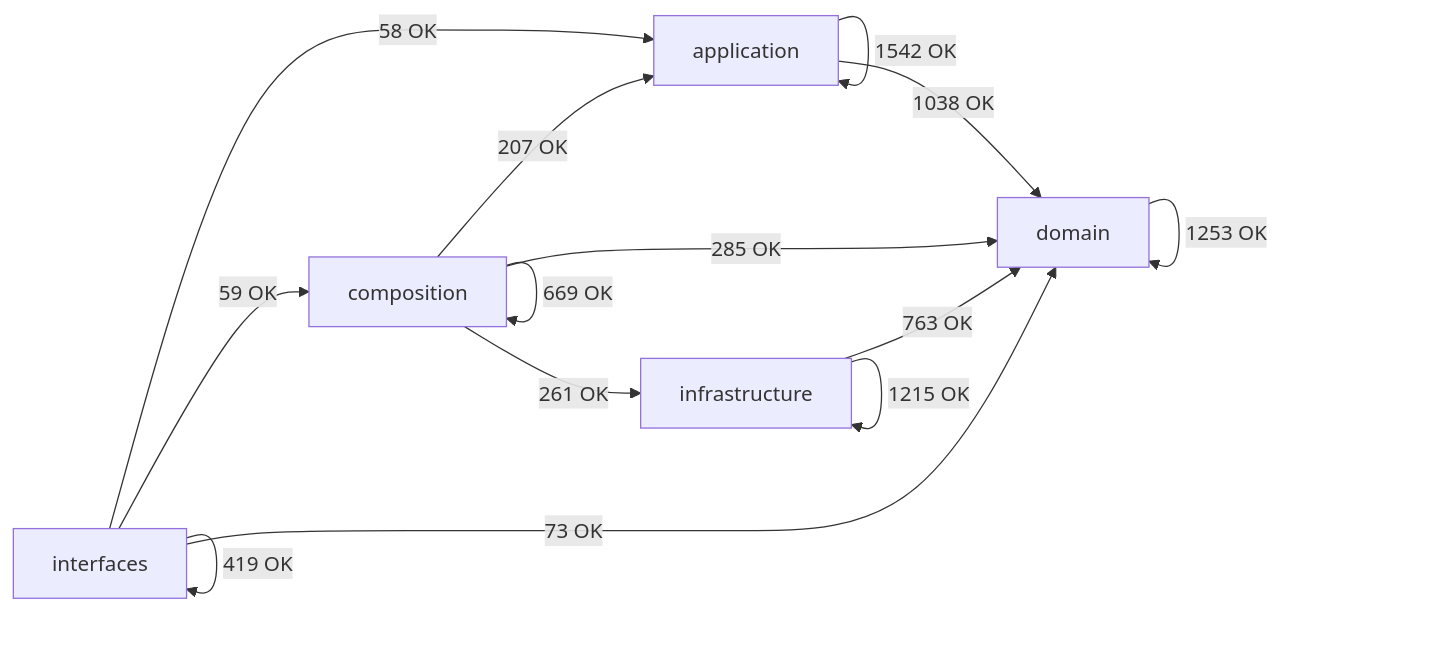
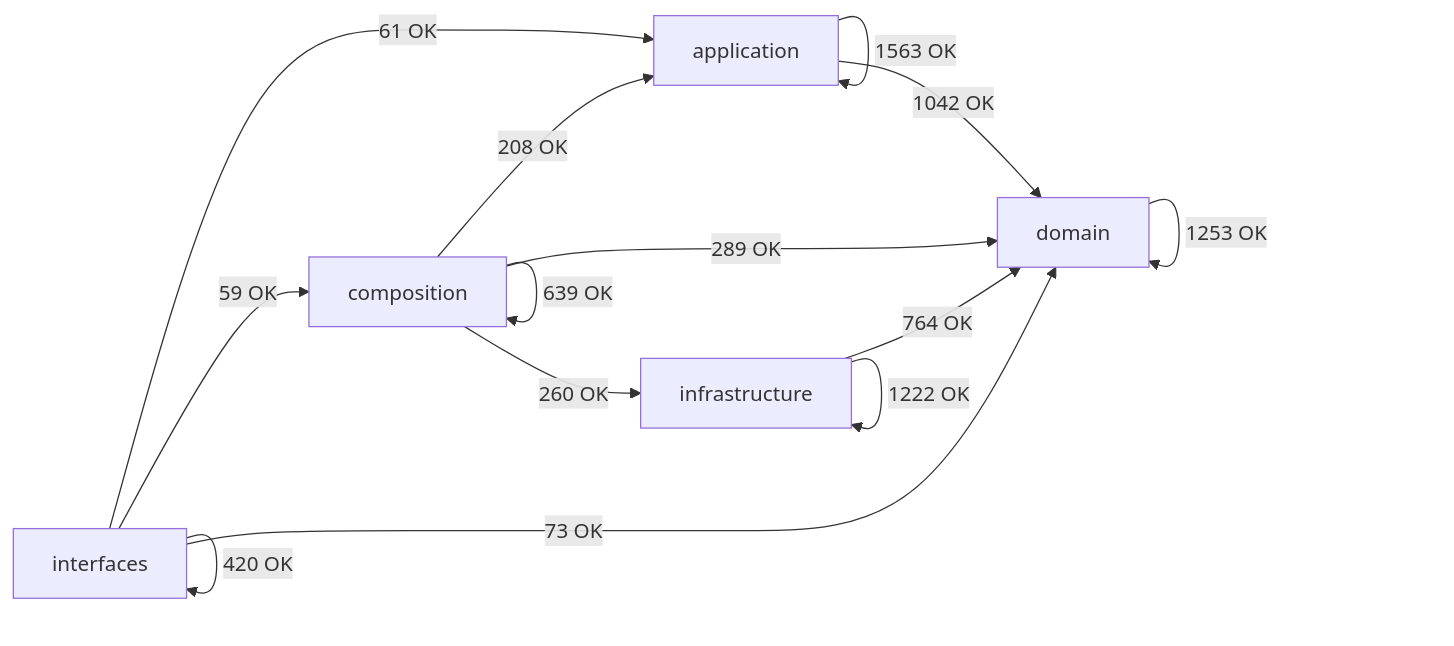
One commit to SatoryKono/BioactivityDataAcquisition changed the diagram in docs/02-architecture/generated/module-dependency-map.md. Above: the diagram before and after it, drawn with Mermaid. The commit also changed other lines of this file and 16 other files, not shown here.

````diff
--- a/docs/02-architecture/generated/module-dependency-map.md
+++ b/docs/02-architecture/generated/module-dependency-map.md
@@ -17,21 +17,21 @@
 ```mermaid
 flowchart LR
     domain[domain]
     application[application]
     infrastructure[infrastructure]
     composition[composition]
     interfaces[interfaces]
-    application -->|1542 OK| application
-    application -->|1038 OK| domain
-    composition -->|207 OK| application
-    composition -->|669 OK| composition
-    composition -->|285 OK| domain
-    composition -->|261 OK| infrastructure
+    application -->|1563 OK| application
+    application -->|1042 OK| domain
+    composition -->|208 OK| application
+    composition -->|639 OK| composition
+    composition -->|289 OK| domain
+    composition -->|260 OK| infrastructure
     domain -->|1253 OK| domain
-    infrastructure -->|763 OK| domain
-    infrastructure -->|1215 OK| infrastructure
-    interfaces -->|58 OK| application
+    infrastructure -->|764 OK| domain
+    infrastructure -->|1222 OK| infrastructure
+    interfaces -->|61 OK| application
     interfaces -->|59 OK| composition
     interfaces -->|73 OK| domain
-    interfaces -->|419 OK| interfaces
+    interfaces -->|420 OK| interfaces
 ```
````
